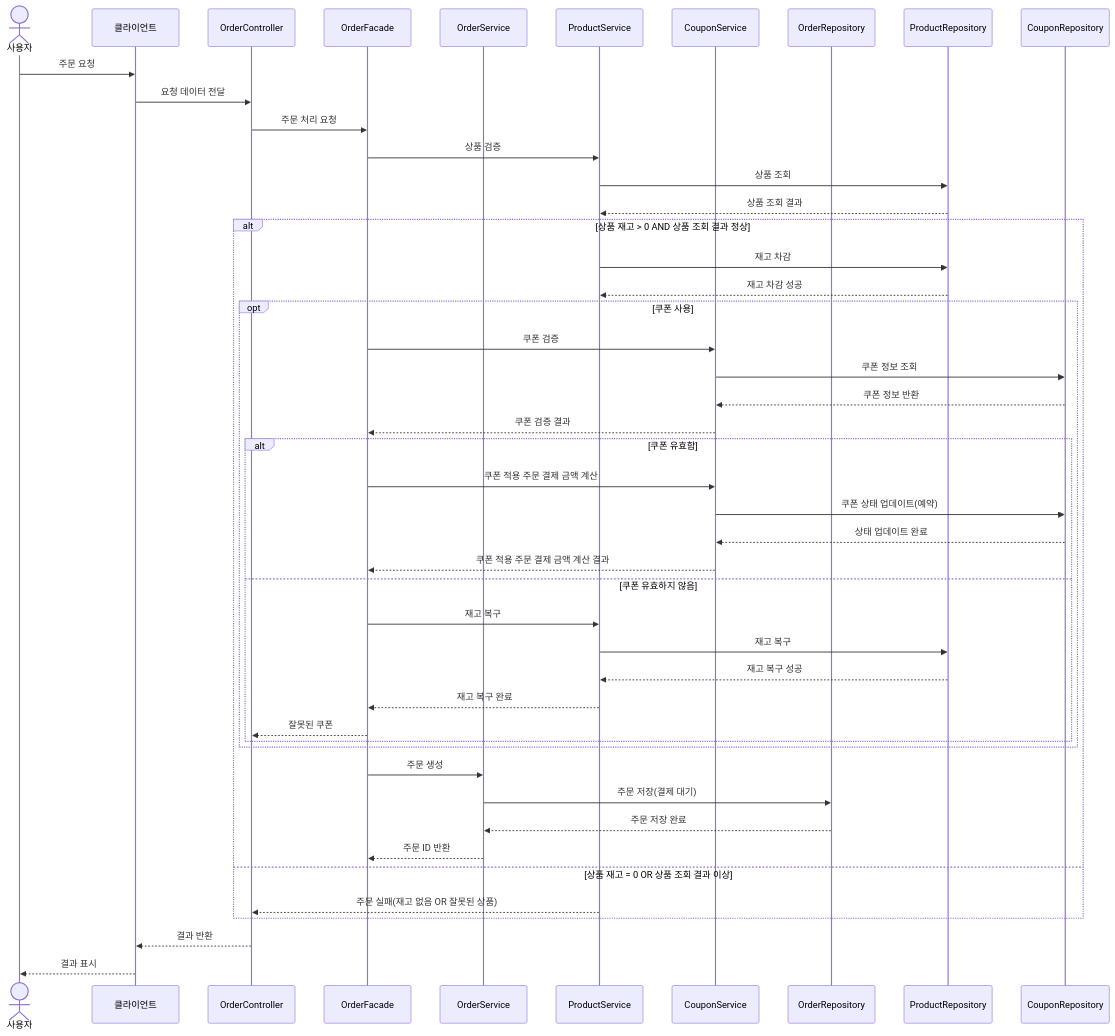
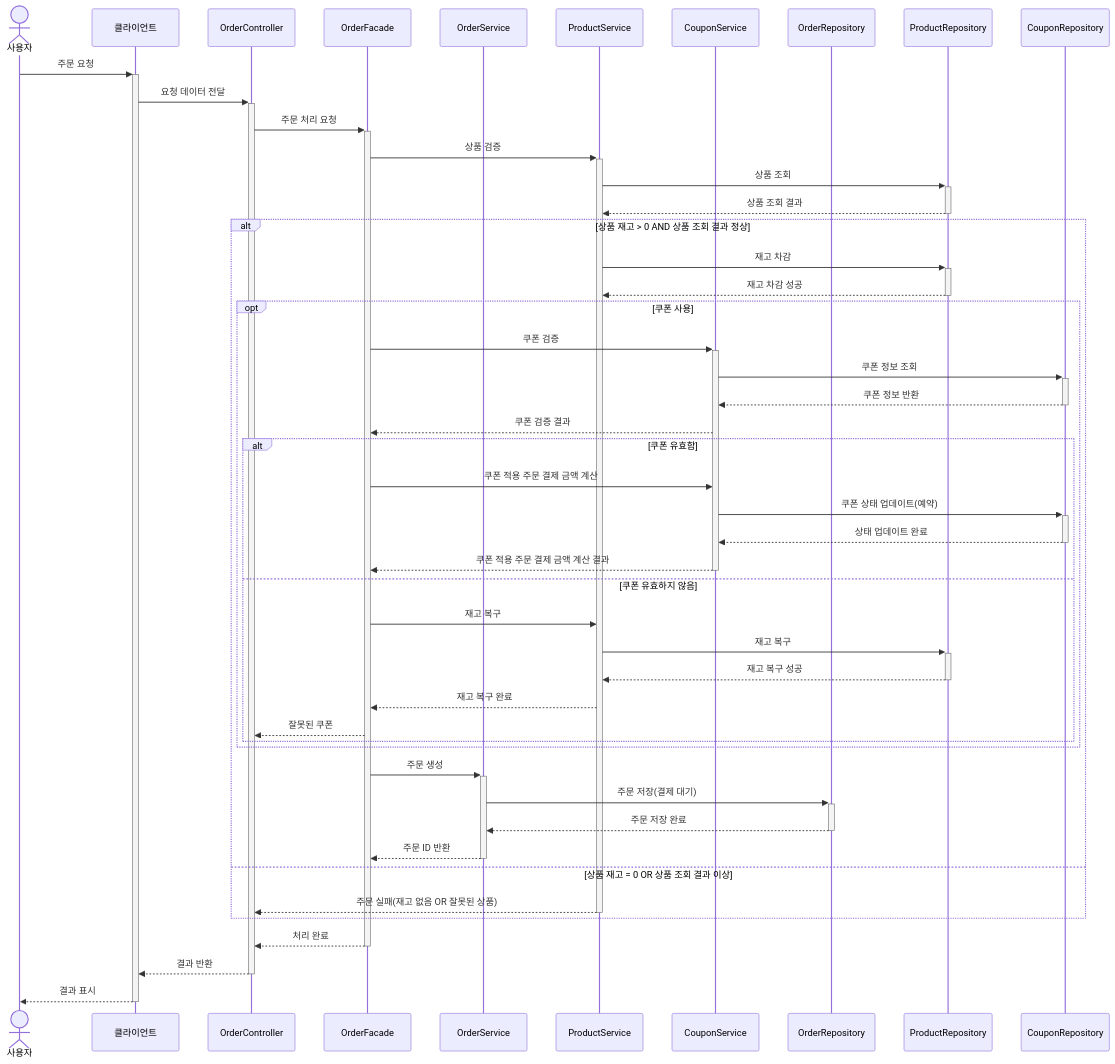
One commit to letter333/hhplus-be9-commerce changed the first of 2 diagrams in docs/diagram/Order-SequenceDiagram.md. Above: the diagram before and after it, drawn with Mermaid. The commit also changed other lines of this file and 11 other files, not shown here.

````diff
--- a/docs/diagram/Order-SequenceDiagram.md
+++ b/docs/diagram/Order-SequenceDiagram.md
@@ -2,53 +2,54 @@
 ```mermaid
 sequenceDiagram
     actor User as 사용자
     participant Client as 클라이언트
     participant OrderController
     participant OrderFacade
     participant OrderService
     participant ProductService
     participant CouponService
     participant OrderRepository
     participant ProductRepository
     participant CouponRepository
 
-    User->>Client: 주문 요청
-    Client->>OrderController: 요청 데이터 전달
-    OrderController->>OrderFacade: 주문 처리 요청
-    OrderFacade->>ProductService: 상품 검증
-    ProductService->>ProductRepository: 상품 조회
-    ProductRepository-->>ProductService: 상품 조회 결과
+    User->>+Client: 주문 요청
+    Client->>+OrderController: 요청 데이터 전달
+    OrderController->>+OrderFacade: 주문 처리 요청
+    OrderFacade->>+ProductService: 상품 검증
+    ProductService->>+ProductRepository: 상품 조회
+    ProductRepository-->>-ProductService: 상품 조회 결과
     alt 상품 재고 > 0 AND 상품 조회 결과 정상
-        ProductService->>ProductRepository: 재고 차감
-        ProductRepository-->>ProductService: 재고 차감 성공
+        ProductService->>+ProductRepository: 재고 차감
+        ProductRepository-->>-ProductService: 재고 차감 성공
 
         opt 쿠폰 사용
-            OrderFacade->>CouponService: 쿠폰 검증
-            CouponService->>CouponRepository: 쿠폰 정보 조회
-            CouponRepository-->>CouponService: 쿠폰 정보 반환
+            OrderFacade->>+CouponService: 쿠폰 검증
+            CouponService->>+CouponRepository: 쿠폰 정보 조회
+            CouponRepository-->>-CouponService: 쿠폰 정보 반환
             CouponService-->>OrderFacade: 쿠폰 검증 결과
 
             alt 쿠폰 유효함
                 OrderFacade->>CouponService: 쿠폰 적용 주문 결제 금액 계산
-                CouponService->>CouponRepository: 쿠폰 상태 업데이트(예약)
-                CouponRepository-->>CouponService: 상태 업데이트 완료
-                CouponService-->>OrderFacade: 쿠폰 적용 주문 결제 금액 계산 결과
+                CouponService->>+CouponRepository: 쿠폰 상태 업데이트(예약)
+                CouponRepository-->>-CouponService: 상태 업데이트 완료
+                CouponService-->>-OrderFacade: 쿠폰 적용 주문 결제 금액 계산 결과
             else 쿠폰 유효하지 않음
                 OrderFacade->>ProductService: 재고 복구
-                ProductService->>ProductRepository: 재고 복구
-                ProductRepository-->>ProductService: 재고 복구 성공
+                ProductService->>+ProductRepository: 재고 복구
+                ProductRepository-->>- ProductService: 재고 복구 성공
                 ProductService-->>OrderFacade: 재고 복구 완료
                 OrderFacade-->>OrderController: 잘못된 쿠폰
             end
         end
 
-        OrderFacade->>OrderService: 주문 생성
-        OrderService->>OrderRepository: 주문 저장(결제 대기)
-        OrderRepository-->>OrderService: 주문 저장 완료
-        OrderService-->>OrderFacade: 주문 ID 반환
+        OrderFacade->>+OrderService: 주문 생성
+        OrderService->>+OrderRepository: 주문 저장(결제 대기)
+        OrderRepository-->>-OrderService: 주문 저장 완료
+        OrderService-->>-OrderFacade: 주문 ID 반환
     else 상품 재고 = 0 OR 상품 조회 결과 이상
-        ProductService-->>OrderController: 주문 실패(재고 없음 OR 잘못된 상품)
+        ProductService-->>-OrderController: 주문 실패(재고 없음 OR 잘못된 상품)
     end
-    OrderController-->>Client: 결과 반환
-    Client-->>User: 결과 표시
+    OrderFacade-->>-OrderController: 처리 완료
+    OrderController-->>-Client: 결과 반환
+    Client-->>-User: 결과 표시
 ```
````
